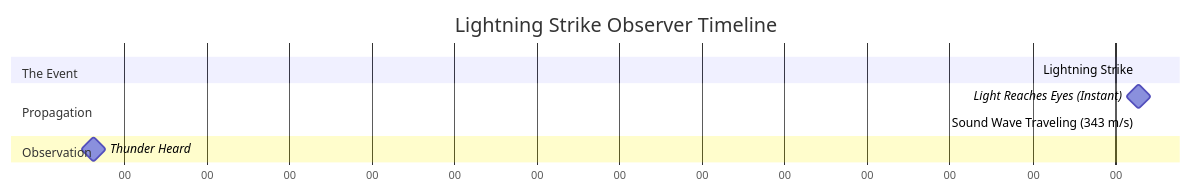
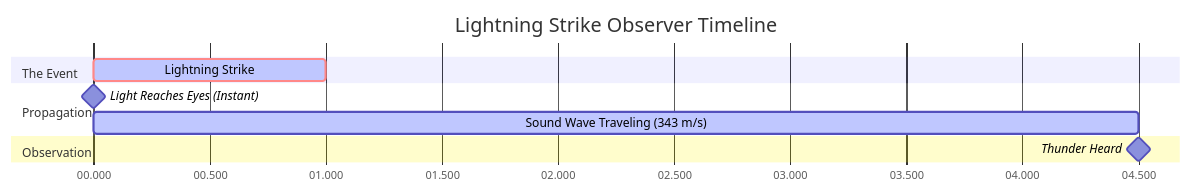
The fourth of 5 diagrams in content/en/velocity-calculator.md (abuhanif254/Calculator-Hub), drawn with Mermaid before and after one commit. The commit also changed 82 other files, not shown here.

````diff
--- a/content/en/velocity-calculator.md
+++ b/content/en/velocity-calculator.md
@@ -363,13 +363,13 @@
 ```mermaid
 gantt
     title Lightning Strike Observer Timeline
-    dateFormat  s
-    axisFormat %S
+    dateFormat  HH:mm:ss.SSS
+    axisFormat  %S.%L
     section The Event
-    Lightning Strike    :crit, active, 0, 1s
+    Lightning Strike    :crit, active, 00:00:00.000, 00:00:01.000
     section Propagation
-    Light Reaches Eyes (Instant) : milestone, 0, 0s
-    Sound Wave Traveling (343 m/s) : active, 0, 4.5s
+    Light Reaches Eyes (Instant) : milestone, 00:00:00.000, 0d
+    Sound Wave Traveling (343 m/s) : active, 00:00:00.000, 00:00:04.500
     section Observation
-    Thunder Heard       : milestone, 4.5, 0s
+    Thunder Heard       : milestone, 00:00:04.500, 0d
 ```
````
